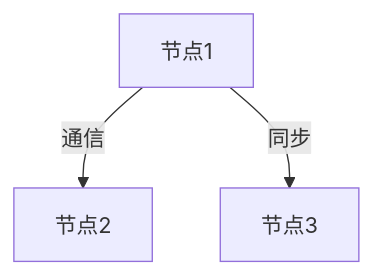
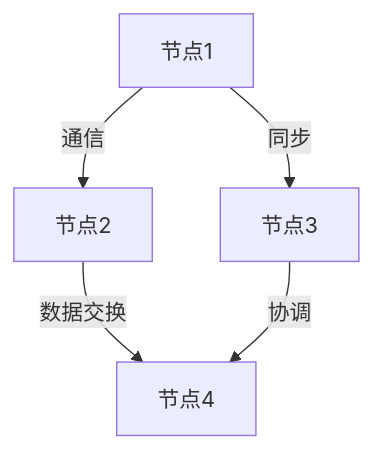
One commit to AdaMartin18010/Lean changed the fourth of 12 diagrams in analysis/1-形式化理论/1.4-Petri网与分布式系统/1.4.6-图表与多表征.md. Above: the diagram before and after it, drawn with Mermaid. The commit also changed other lines of this file and 23 other files, not shown here.

````diff
--- a/analysis/1-形式化理论/1.4-Petri网与分布式系统/1.4.6-图表与多表征.md
+++ b/analysis/1-形式化理论/1.4-Petri网与分布式系统/1.4.6-图表与多表征.md
@@ -29,5 +65,8 @@
 ```mermaid
 graph TD
   N1[节点1] -->|通信| N2[节点2]
   N1 -->|同步| N3[节点3]
+  
+  N2 -->|数据交换| N4[节点4]
+  N3 -->|协调| N4
 ```
````
